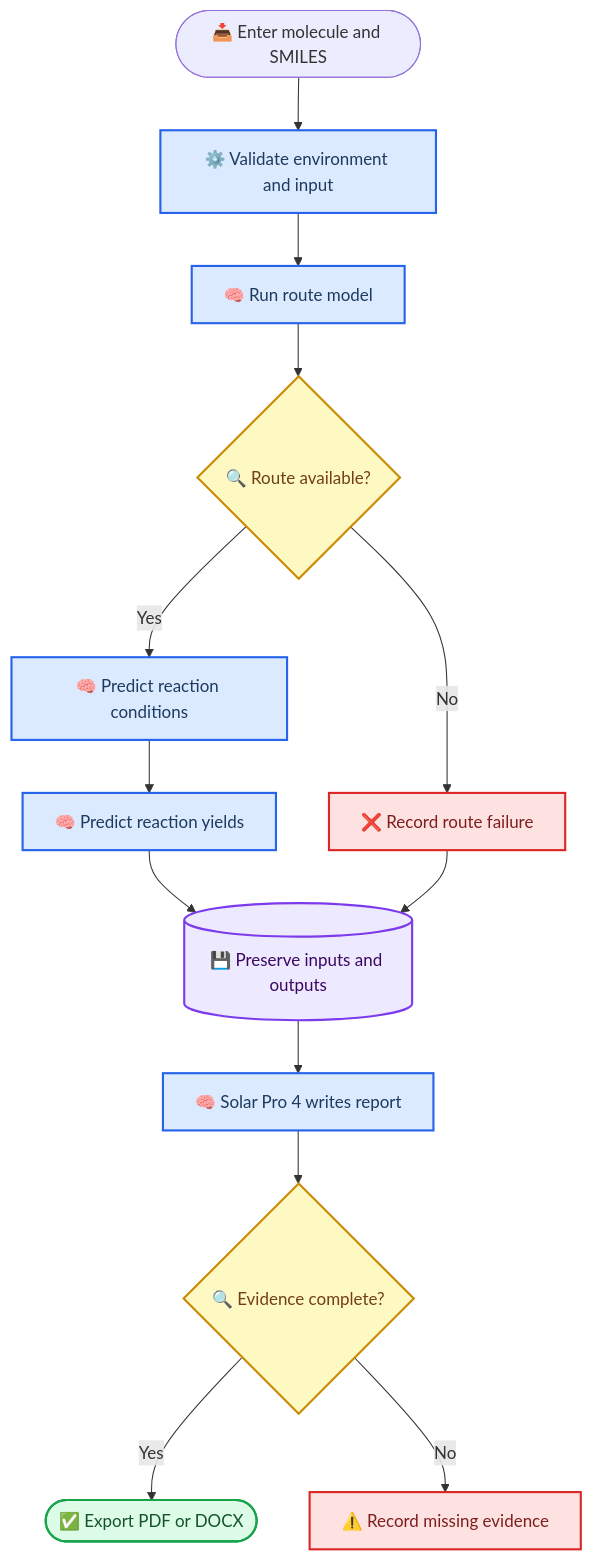
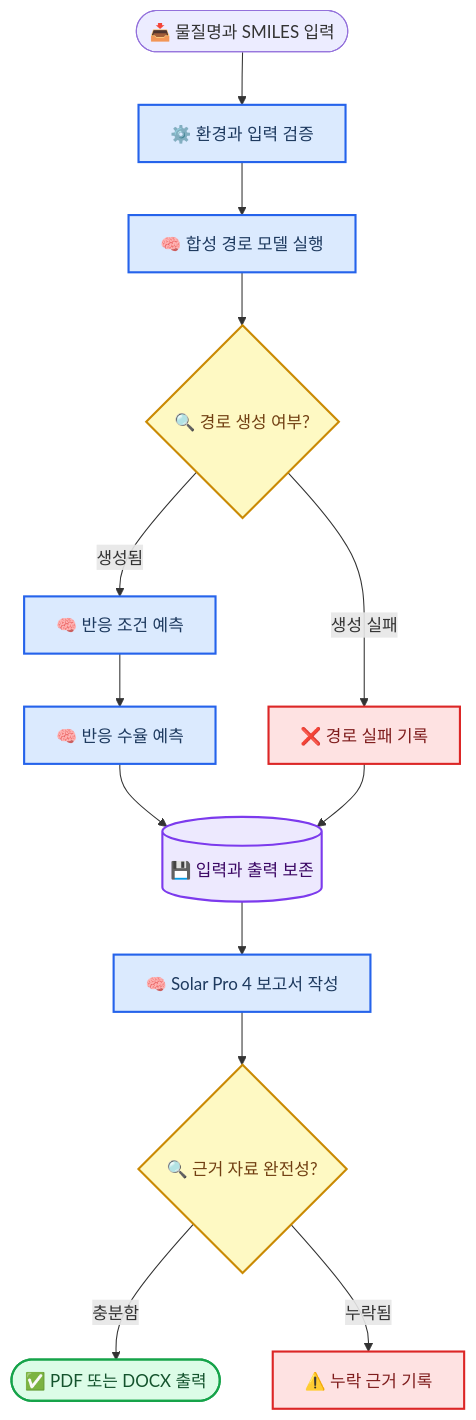
Before and after one commit to tjdbf061106-sketch/2026_DSWU_OS: the diagram in README.md, drawn with Mermaid.

Commit message:
Translate_pipeline_diagram_to_Korean

````diff
--- a/README.md
+++ b/README.md
@@ -15,30 +15,30 @@
 ```mermaid
 flowchart TB
-    accTitle: Final Project Synthesis Pipeline
-    accDescr: Planned final-project workflow from choosing a target molecule through evidence-preserving route, condition, and yield predictions to a Solar Pro 4 generated final report.
+    accTitle: 기말 프로젝트 합성 예측 파이프라인
+    accDescr: 대상 물질 선정부터 경로, 조건, 수율 예측의 근거 보존과 Solar Pro 4 최종 보고서 생성까지의 기말 프로젝트 예정 흐름입니다.
 
-    target_input([📥 Enter molecule and SMILES]) --> preflight[⚙️ Validate environment and input]
-    preflight --> route_model[🧠 Run route model]
-    route_model --> route_check{🔍 Route available?}
-    route_check -->|Yes| condition_model[🧠 Predict reaction conditions]
-    route_check -->|No| route_failure[❌ Record route failure]
-    condition_model --> yield_model[🧠 Predict reaction yields]
-    yield_model --> evidence_store[(💾 Preserve inputs and outputs)]
+    target_input([📥 물질명과 SMILES 입력]) --> preflight[⚙️ 환경과 입력 검증]
+    preflight --> route_model[🧠 합성 경로 모델 실행]
+    route_model --> route_check{🔍 경로 생성 여부?}
+    route_check -->|생성됨| condition_model[🧠 반응 조건 예측]
+    route_check -->|생성 실패| route_failure[❌ 경로 실패 기록]
+    condition_model --> yield_model[🧠 반응 수율 예측]
+    yield_model --> evidence_store[(💾 입력과 출력 보존)]
     route_failure --> evidence_store
-    evidence_store --> report_model[🧠 Solar Pro 4 writes report]
-    report_model --> report_check{🔍 Evidence complete?}
-    report_check -->|Yes| final_report([✅ Export PDF or DOCX])
-    report_check -->|No| report_failure[⚠️ Record missing evidence]
+    evidence_store --> report_model[🧠 Solar Pro 4 보고서 작성]
+    report_model --> report_check{🔍 근거 자료 완전성?}
+    report_check -->|충분함| final_report([✅ PDF 또는 DOCX 출력])
+    report_check -->|누락됨| report_failure[⚠️ 누락 근거 기록]
 
     classDef process fill:#dbeafe,stroke:#2563eb,stroke-width:2px,color:#1e3a5f
     classDef decision fill:#fef9c3,stroke:#ca8a04,stroke-width:2px,color:#713f12
     classDef storage fill:#ede9fe,stroke:#7c3aed,stroke-width:2px,color:#3b0764
     classDef success fill:#dcfce7,stroke:#16a34a,stroke-width:2px,color:#14532d
     classDef danger fill:#fee2e2,stroke:#dc2626,stroke-width:2px,color:#7f1d1d
 
     class preflight,route_model,condition_model,yield_model,report_model process
     class route_check,report_check decision
     class evidence_store storage
     class final_report success
     class route_failure,report_failure danger
 ```
````
